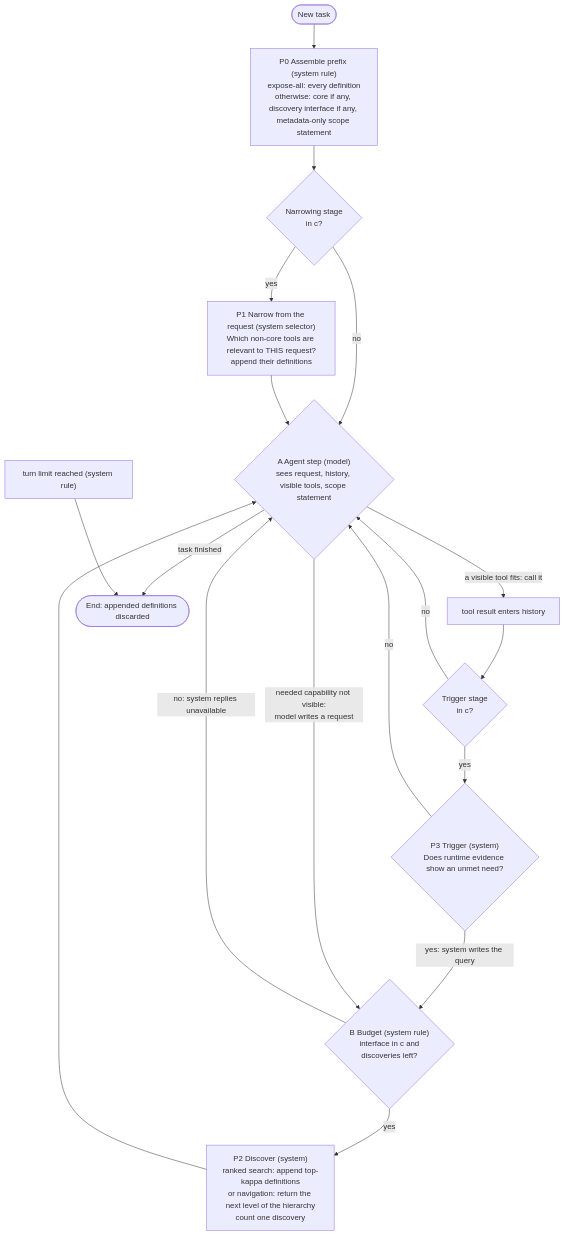
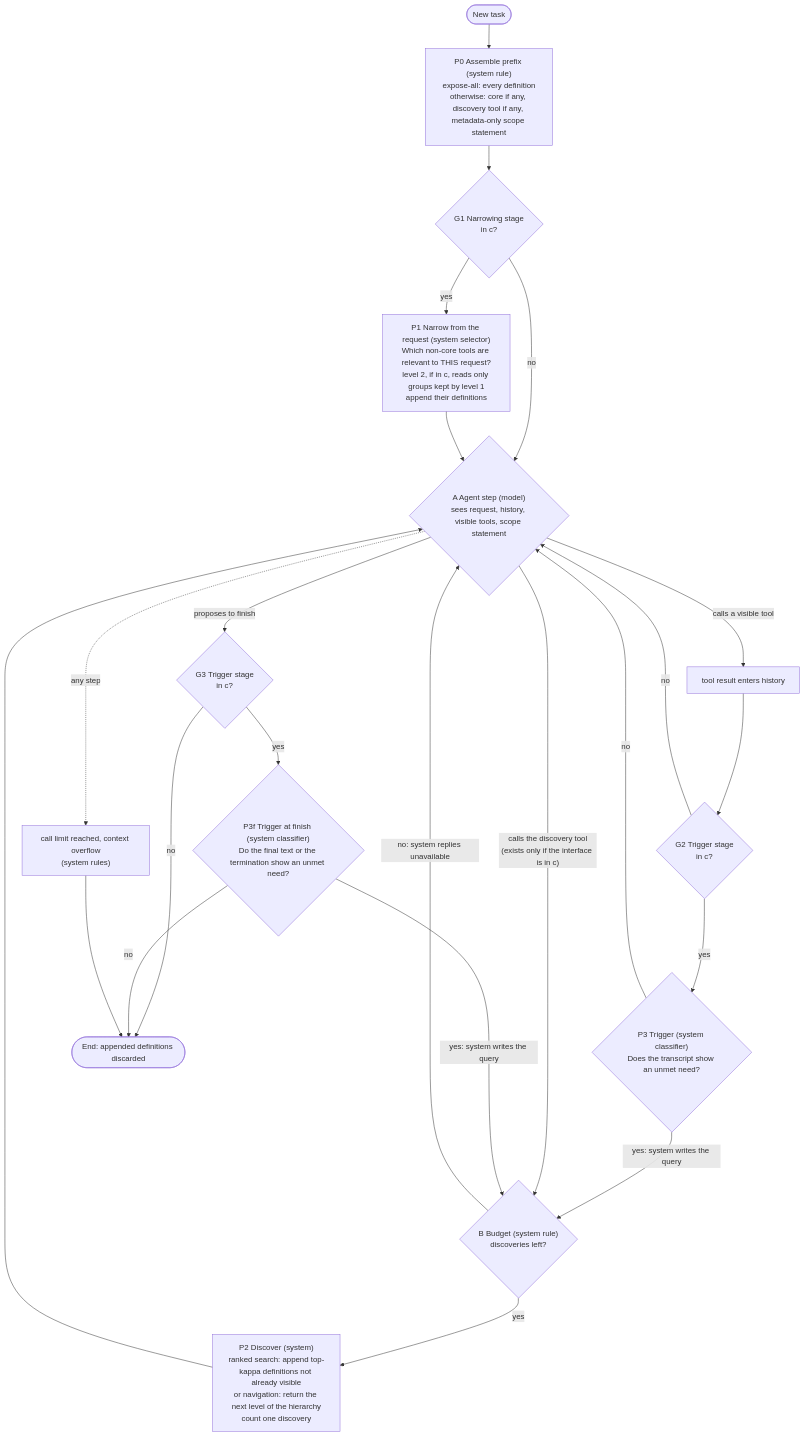
One commit to omarelansary/thesis-policy-design changed the diagram in design/package-v4/01-supervisor-brief.md. Above: the diagram before and after it, drawn with Mermaid. The commit also changed other lines of this file and 21 other files, not shown here.

````diff
--- a/design/package-v4/01-supervisor-brief.md
+++ b/design/package-v4/01-supervisor-brief.md
@@ -21,21 +21,26 @@
 ```mermaid
 flowchart TD
-  T([New task]) --> P0["P0 Assemble prefix (system rule)<br/>expose-all: every definition<br/>otherwise: core if any, discovery interface if any, metadata-only scope statement"]
-  P0 --> G1{"Narrowing stage<br/>in c?"}
+  T([New task]) --> P0["P0 Assemble prefix (system rule)<br/>expose-all: every definition<br/>otherwise: core if any, discovery tool if any, metadata-only scope statement"]
+  P0 --> G1{"G1 Narrowing stage<br/>in c?"}
   G1 -->|no| A
-  G1 -->|yes| P1["P1 Narrow from the request (system selector)<br/>Which non-core tools are relevant to THIS request?<br/>append their definitions"]
+  G1 -->|yes| P1["P1 Narrow from the request (system selector)<br/>Which non-core tools are relevant to THIS request?<br/>level 2, if in c, reads only groups kept by level 1<br/>append their definitions"]
   P1 --> A
   A{"A Agent step (model)<br/>sees request, history, visible tools, scope statement"}
-  A -->|"a visible tool fits: call it"| R["tool result enters history"]
-  R --> G2{"Trigger stage<br/>in c?"}
+  A -->|"calls a visible tool"| R["tool result enters history"]
+  R --> G2{"G2 Trigger stage<br/>in c?"}
   G2 -->|no| A
-  G2 -->|yes| P3{"P3 Trigger (system)<br/>Does runtime evidence show an unmet need?"}
+  G2 -->|yes| P3{"P3 Trigger (system classifier)<br/>Does the transcript show an unmet need?"}
   P3 -->|no| A
   P3 -->|"yes: system writes the query"| B
-  A -->|"needed capability not visible:<br/>model writes a request"| B{"B Budget (system rule)<br/>interface in c and<br/>discoveries left?"}
-  B -->|yes| P2["P2 Discover (system)<br/>ranked search: append top-kappa definitions<br/>or navigation: return the next level of the hierarchy<br/>count one discovery"]
+  A -->|"calls the discovery tool<br/>(exists only if the interface is in c)"| B{"B Budget (system rule)<br/>discoveries left?"}
+  B -->|yes| P2["P2 Discover (system)<br/>ranked search: append top-kappa definitions not already visible<br/>or navigation: return the next level of the hierarchy<br/>count one discovery"]
   P2 --> A
   B -->|"no: system replies unavailable"| A
-  A -->|"task finished"| E
-  X["turn limit reached (system rule)"] --> E([End: appended definitions discarded])
+  A -->|"proposes to finish"| G3{"G3 Trigger stage<br/>in c?"}
+  G3 -->|no| E
+  G3 -->|yes| P3f{"P3f Trigger at finish (system classifier)<br/>Do the final text or the termination show an unmet need?"}
+  P3f -->|no| E
+  P3f -->|"yes: system writes the query"| B
+  A -.->|"any step"| X
+  X["call limit reached, context overflow<br/>(system rules)"] --> E([End: appended definitions discarded])
 ```
````
